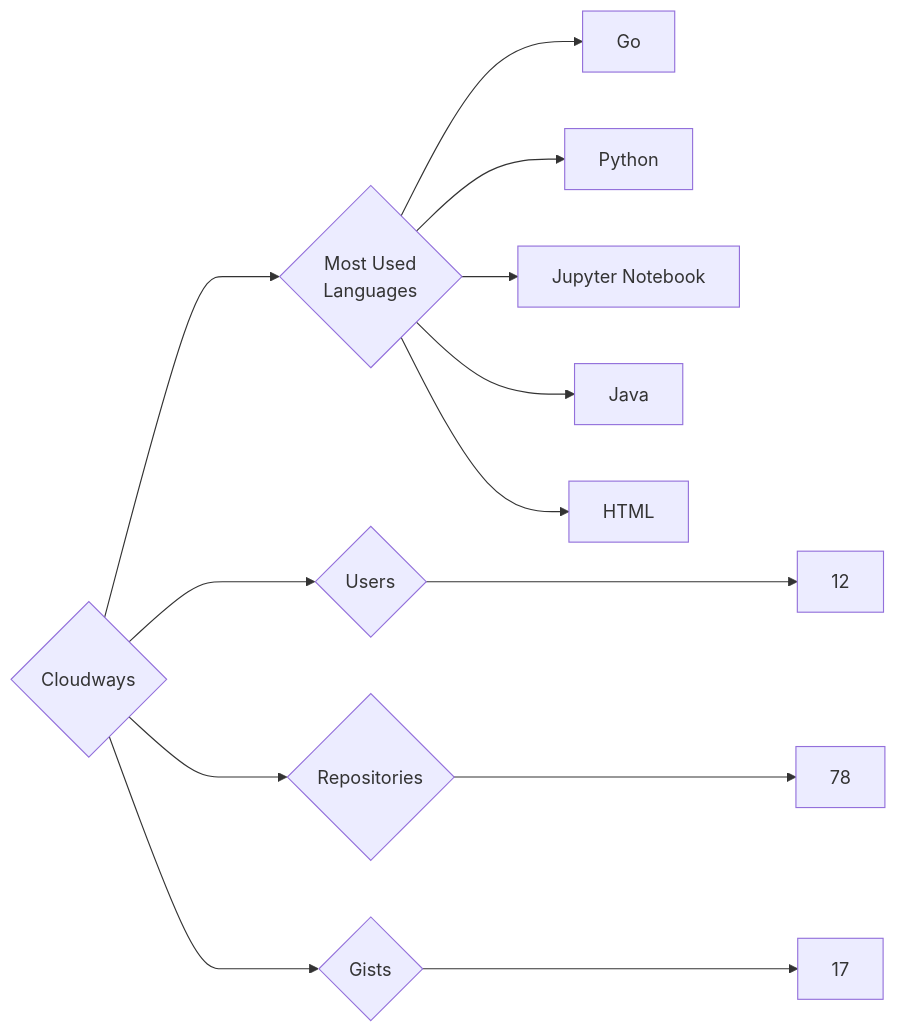
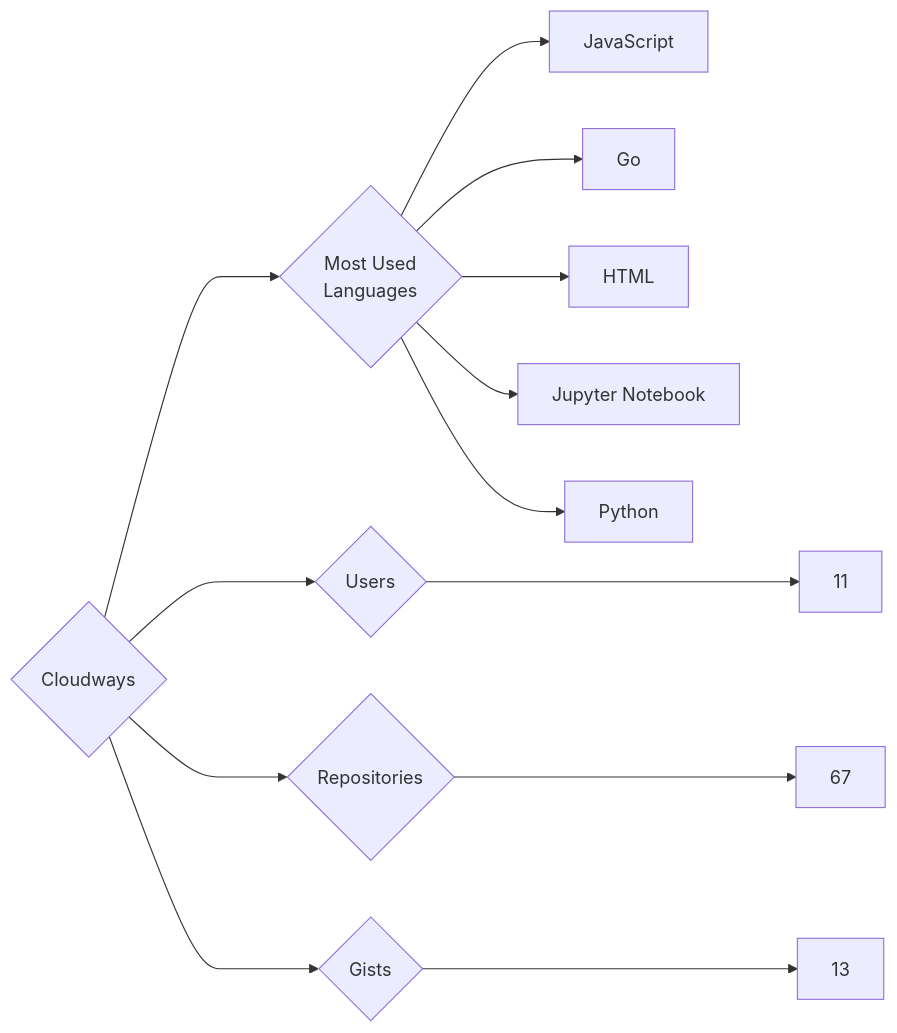
Before and after one commit to trickest/insiders: the diagram in targets/Cloudways/README.md, drawn with Mermaid. The commit also changed 1036 other files, not shown here.

````diff
--- a/targets/Cloudways/README.md
+++ b/targets/Cloudways/README.md
@@ -3,13 +3,13 @@
 ```mermaid
 graph LR
 COMPANY_NAME{Cloudways}
-COMPANY_NAME ---> U{Users} ---> UN[12]
-COMPANY_NAME ---> R{Repositories} ---> RN[78]
-COMPANY_NAME ---> G{Gists} ---> GN[17]
+COMPANY_NAME ---> U{Users} ---> UN[11]
+COMPANY_NAME ---> R{Repositories} ---> RN[67]
+COMPANY_NAME ---> G{Gists} ---> GN[13]
 COMPANY_NAME ---> ML{Most Used<br>Languages}
+ML --> JavaScript[JavaScript]
 ML --> Go[Go]
+ML --> HTML[HTML]
+ML --> Jupyter_Notebook[Jupyter Notebook]
 ML --> Python[Python]
-ML --> Jupyter_Notebook[Jupyter Notebook]
-ML --> Java[Java]
-ML --> HTML[HTML]
 ```
````
